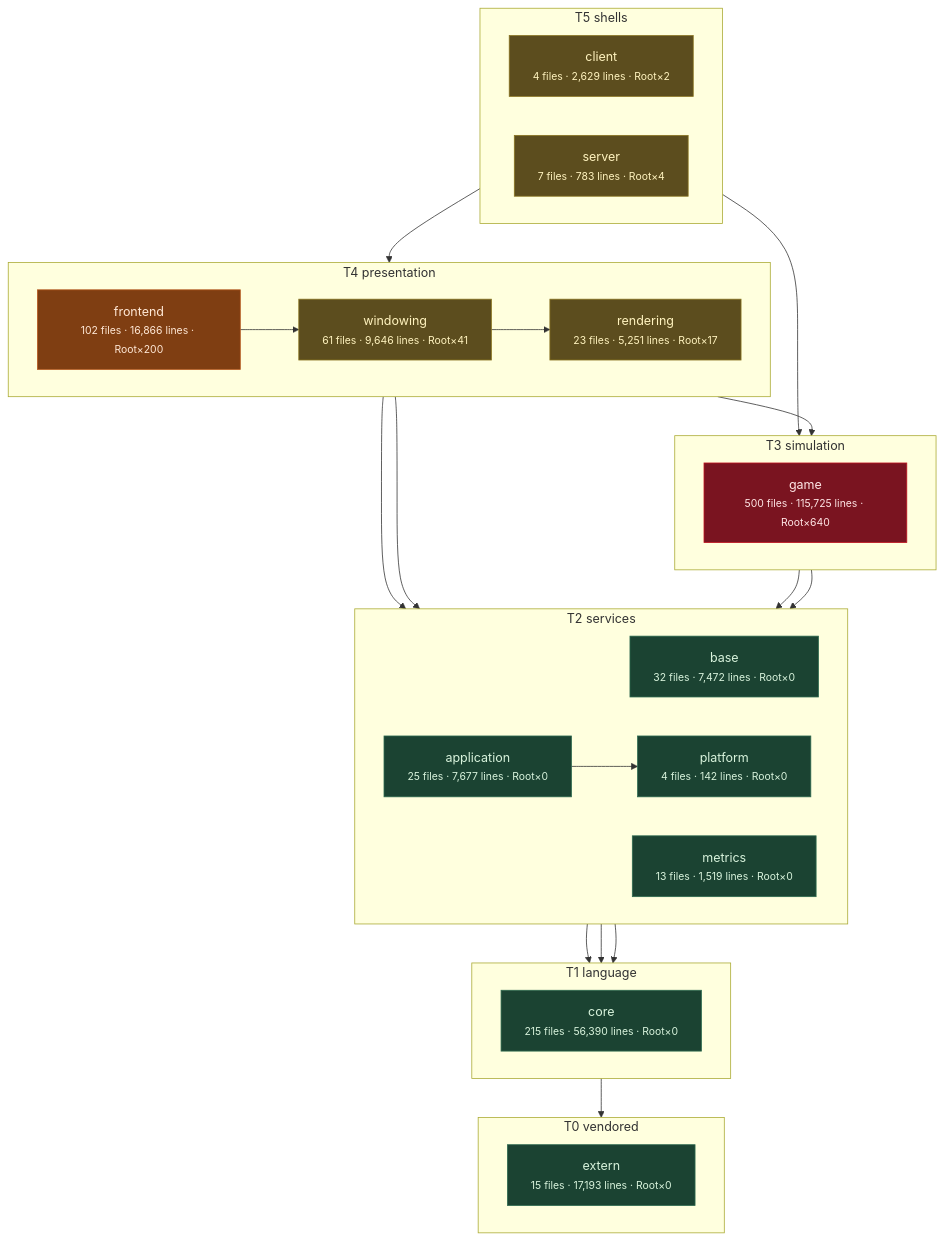
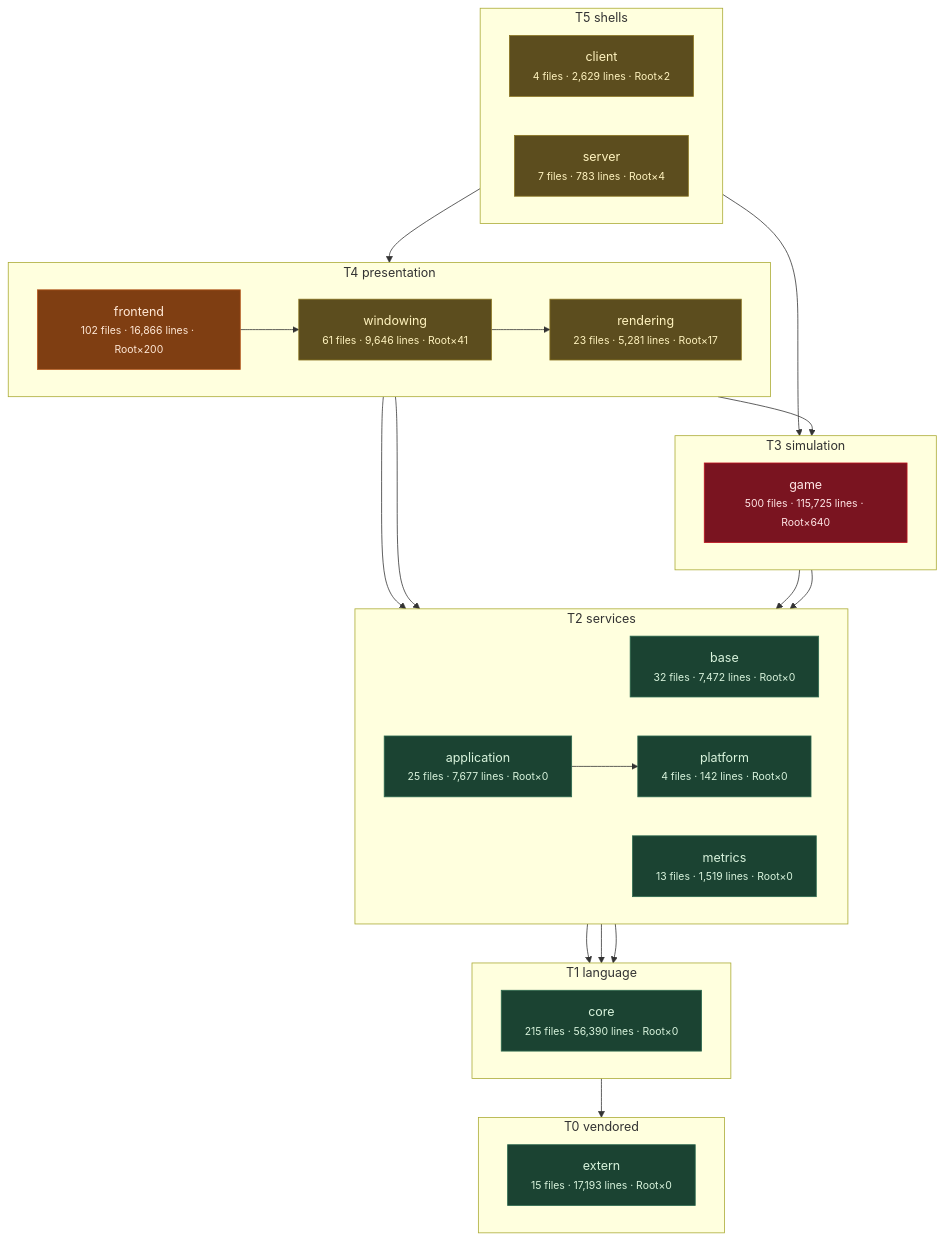
Before and after one commit to apnex/OpenStarbound: the third of 11 diagrams in docs/architecture/system-boundaries.md, drawn with Mermaid. The commit also changed other lines of this file and 2 other files, not shown here.

````diff
--- a/docs/architecture/system-boundaries.md
+++ b/docs/architecture/system-boundaries.md
@@ -271,55 +271,55 @@
 ```mermaid
 flowchart TD
   subgraph T0["T0 vendored"]
     direction LR
     extern["extern<br/><small>15 files · 17,193 lines · Root×0</small>"]
   end
   subgraph T1["T1 language"]
     direction LR
     core["core<br/><small>215 files · 56,390 lines · Root×0</small>"]
   end
   subgraph T2["T2 services"]
     direction LR
     base["base<br/><small>32 files · 7,472 lines · Root×0</small>"]
     metrics["metrics<br/><small>13 files · 1,519 lines · Root×0</small>"]
     platform["platform<br/><small>4 files · 142 lines · Root×0</small>"]
     application["application<br/><small>25 files · 7,677 lines · Root×0</small>"]
   end
   subgraph T3["T3 simulation"]
     direction LR
     game["game<br/><small>500 files · 115,725 lines · Root×640</small>"]
   end
   subgraph T4["T4 presentation"]
     direction LR
-    rendering["rendering<br/><small>23 files · 5,251 lines · Root×17</small>"]
+    rendering["rendering<br/><small>23 files · 5,281 lines · Root×17</small>"]
     windowing["windowing<br/><small>61 files · 9,646 lines · Root×41</small>"]
     frontend["frontend<br/><small>102 files · 16,866 lines · Root×200</small>"]
   end
   subgraph T5["T5 shells"]
     direction LR
     client["client<br/><small>4 files · 2,629 lines · Root×2</small>"]
     server["server<br/><small>7 files · 783 lines · Root×4</small>"]
   end
   core --> extern
   base --> core
   metrics --> core
   platform --> core
   application --> platform
   game --> base
   game --> platform
   rendering --> application
   rendering --> game
   windowing --> rendering
   frontend --> metrics
   frontend --> windowing
   client --> frontend
   server --> game
   classDef clean fill:#1b4332,stroke:#2d6a4f,color:#d8f3dc
   classDef warm  fill:#5c4d1e,stroke:#8a7420,color:#fff3bf
   classDef hot   fill:#7f3e12,stroke:#b5561b,color:#ffe8d6
   classDef blaze fill:#7a1420,stroke:#c1121f,color:#ffe5e5
   class extern,core,base,metrics,platform,application clean
   class rendering,windowing,client,server warm
   class frontend hot
   class game blaze
 ```
````
